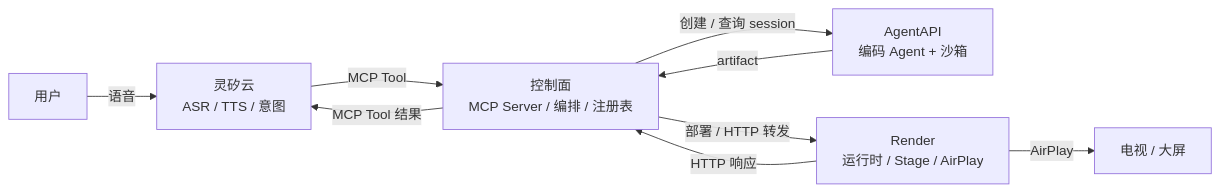
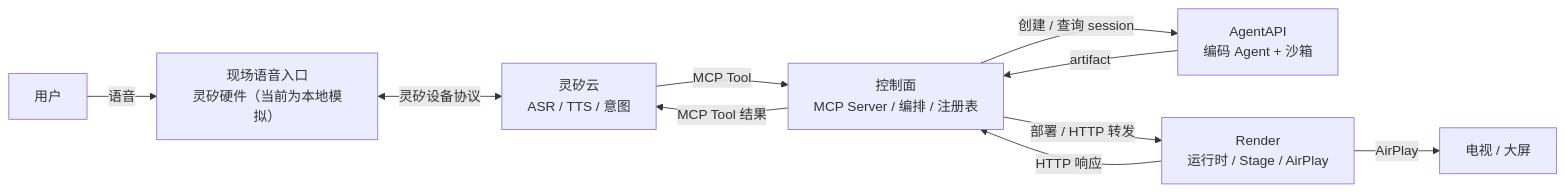
Before and after one commit to open-anywhere/open-anywhere: the first of 2 diagrams in docs/architecture.md, drawn with Mermaid. The commit also changed other lines of this file and 1 other file, not shown here.

````diff
--- a/docs/architecture.md
+++ b/docs/architecture.md
@@ -64,11 +72,12 @@
 ```mermaid
 flowchart LR
-  U["用户"] -->|语音| L["灵矽云<br/>ASR / TTS / 意图"]
+  U["用户"] -->|语音| V["现场语音入口<br/>灵矽硬件（当前为本地模拟）"]
+  V <-->|灵矽设备协议| L["灵矽云<br/>ASR / TTS / 意图"]
   L -->|MCP Tool| C["控制面<br/>MCP Server / 编排 / 注册表"]
   C -->|创建 / 查询 session| A["AgentAPI<br/>编码 Agent + 沙箱"]
   A -->|artifact| C
   C -->|部署 / HTTP 转发| R["Render<br/>运行时 / Stage / AirPlay"]
   R -->|HTTP 响应| C
   C -->|MCP Tool 结果| L
   R -->|AirPlay| T["电视 / 大屏"]
 ```
````
